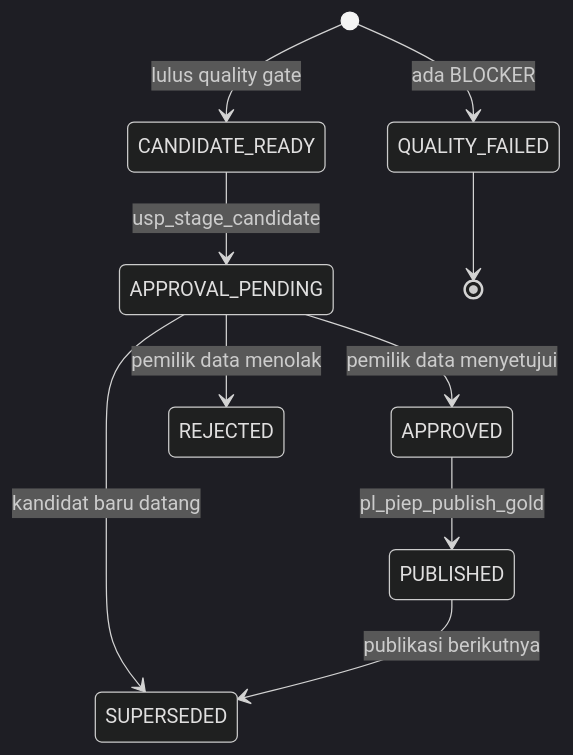
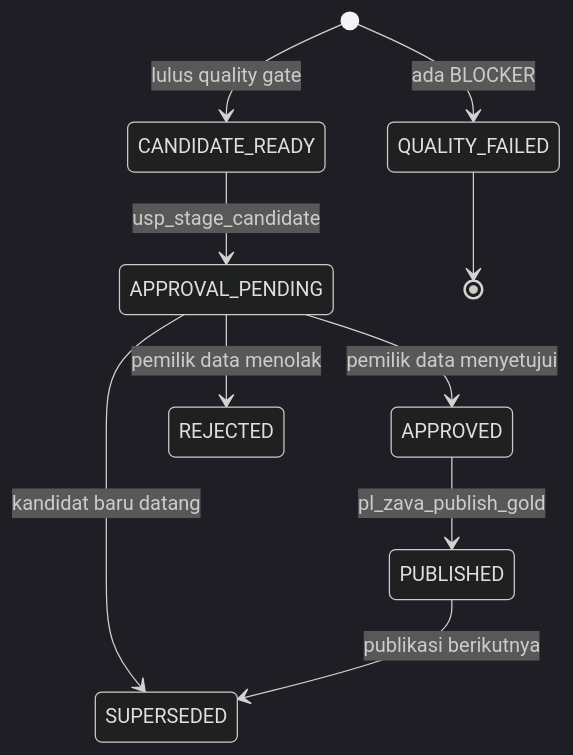
Before and after one commit to edhotp/Microsoft-Fabric-with-PPDM-Demo: the fifth of 8 diagrams in demo tutorial/tutorial/overview.md, drawn with Mermaid (dark theme). The commit also changed other lines of this file and 67 other files, not shown here.

First line of the commit message:
Rebrand demo from PIEP to Zava Energy

````diff
--- a/demo tutorial/tutorial/overview.md
+++ b/demo tutorial/tutorial/overview.md
@@ -134,12 +134,12 @@
 ```mermaid
 stateDiagram-v2
     [*] --> CANDIDATE_READY: lulus quality gate
     [*] --> QUALITY_FAILED: ada BLOCKER
     CANDIDATE_READY --> APPROVAL_PENDING: usp_stage_candidate
     APPROVAL_PENDING --> APPROVED: pemilik data menyetujui
     APPROVAL_PENDING --> REJECTED: pemilik data menolak
     APPROVAL_PENDING --> SUPERSEDED: kandidat baru datang
-    APPROVED --> PUBLISHED: pl_piep_publish_gold
+    APPROVED --> PUBLISHED: pl_zava_publish_gold
     PUBLISHED --> SUPERSEDED: publikasi berikutnya
     QUALITY_FAILED --> [*]
 ```
````
